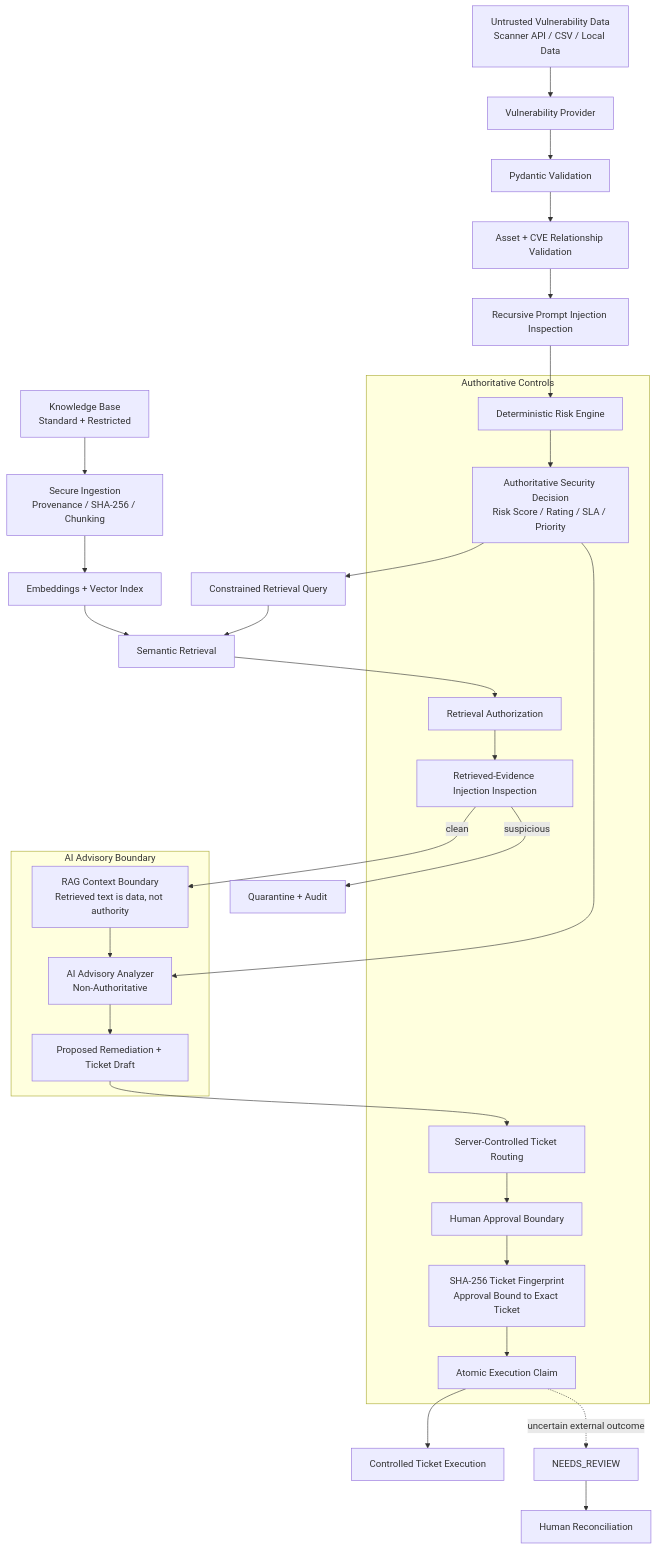
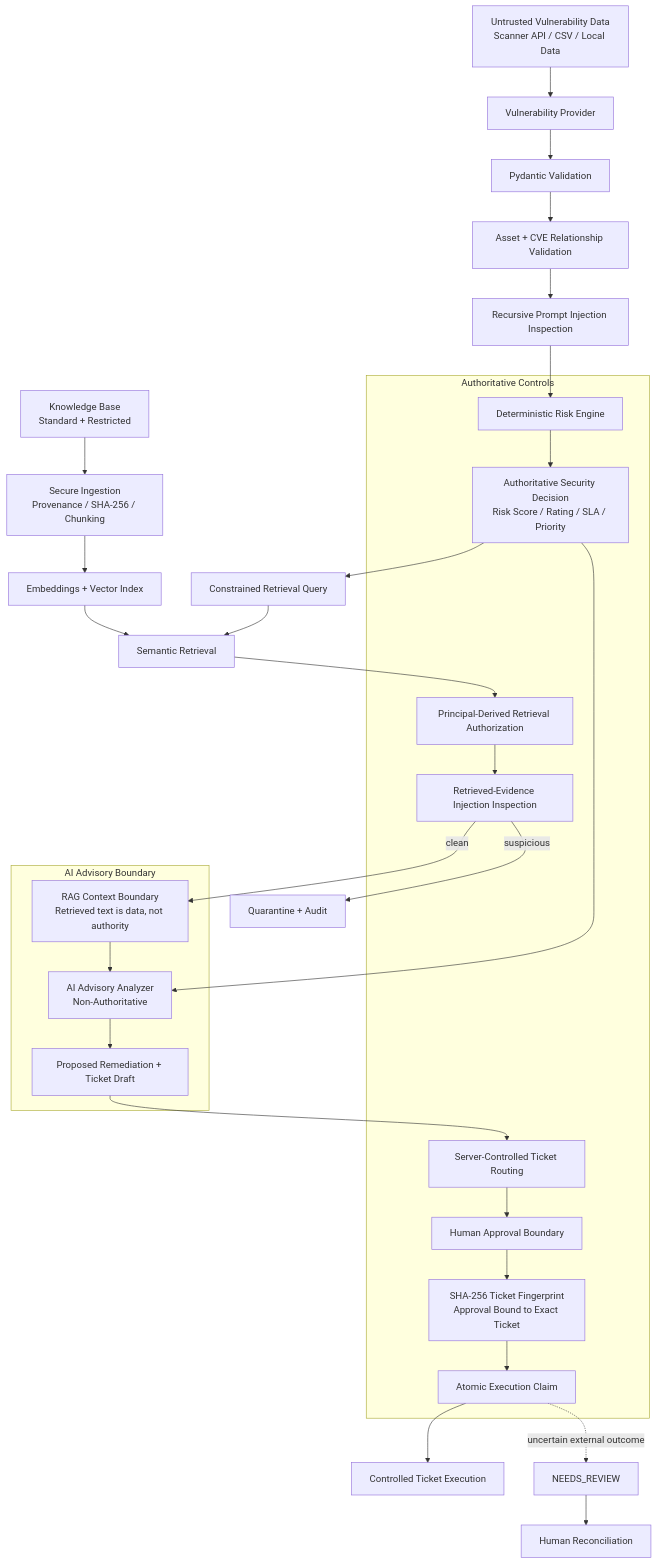
Before and after one commit to shabaaz3000-oss/vm-ai-agent: the diagram in README.md, drawn with Mermaid. The commit also changed other lines of this file and 11 other files, not shown here.

````diff
--- a/README.md
+++ b/README.md
@@ -375,53 +375,53 @@
 ```mermaid
 flowchart TD
     A["Untrusted Vulnerability Data<br/>Scanner API / CSV / Local Data"] --> B["Vulnerability Provider"]
 
     B --> C["Pydantic Validation"]
     C --> D["Asset + CVE Relationship Validation"]
     D --> E["Recursive Prompt Injection Inspection"]
 
     E --> F["Deterministic Risk Engine"]
     F --> G["Authoritative Security Decision<br/>Risk Score / Rating / SLA / Priority"]
 
     G --> Q["Constrained Retrieval Query"]
 
     KB["Knowledge Base<br/>Standard + Restricted"] --> KI["Secure Ingestion<br/>Provenance / SHA-256 / Chunking"]
     KI --> VX["Embeddings + Vector Index"]
     VX --> SR["Semantic Retrieval"]
 
     Q --> SR
-    SR --> AZ["Retrieval Authorization"]
+    SR --> AZ["Principal-Derived Retrieval Authorization"]
     AZ --> RI["Retrieved-Evidence Injection Inspection"]
 
     RI -->|"suspicious"| X["Quarantine + Audit"]
     RI -->|"clean"| RC["RAG Context Boundary<br/>Retrieved text is data, not authority"]
 
     G --> H["AI Advisory Analyzer<br/>Non-Authoritative"]
     RC --> H
 
     H --> I["Proposed Remediation + Ticket Draft"]
     I --> R["Server-Controlled Ticket Routing"]
     R --> J["Human Approval Boundary"]
     J --> K["SHA-256 Ticket Fingerprint<br/>Approval Bound to Exact Ticket"]
     K --> L["Atomic Execution Claim"]
     L --> M["Controlled Ticket Execution"]
     L -. "uncertain external outcome" .-> N["NEEDS_REVIEW"]
     N --> O["Human Reconciliation"]
 
     subgraph Authority["Authoritative Controls"]
         F
         G
         AZ
         RI
         R
         J
         K
         L
     end
 
     subgraph Advisory["AI Advisory Boundary"]
         RC
         H
         I
     end
 ```
````
